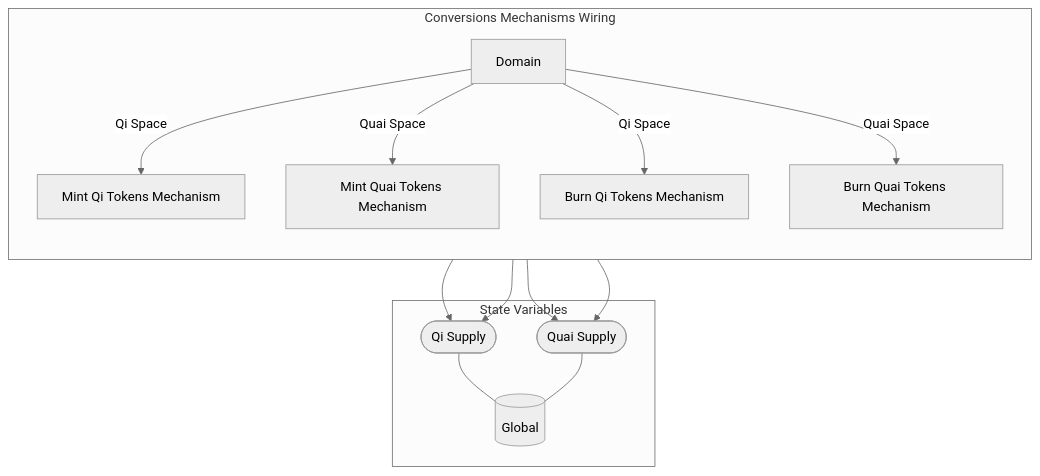
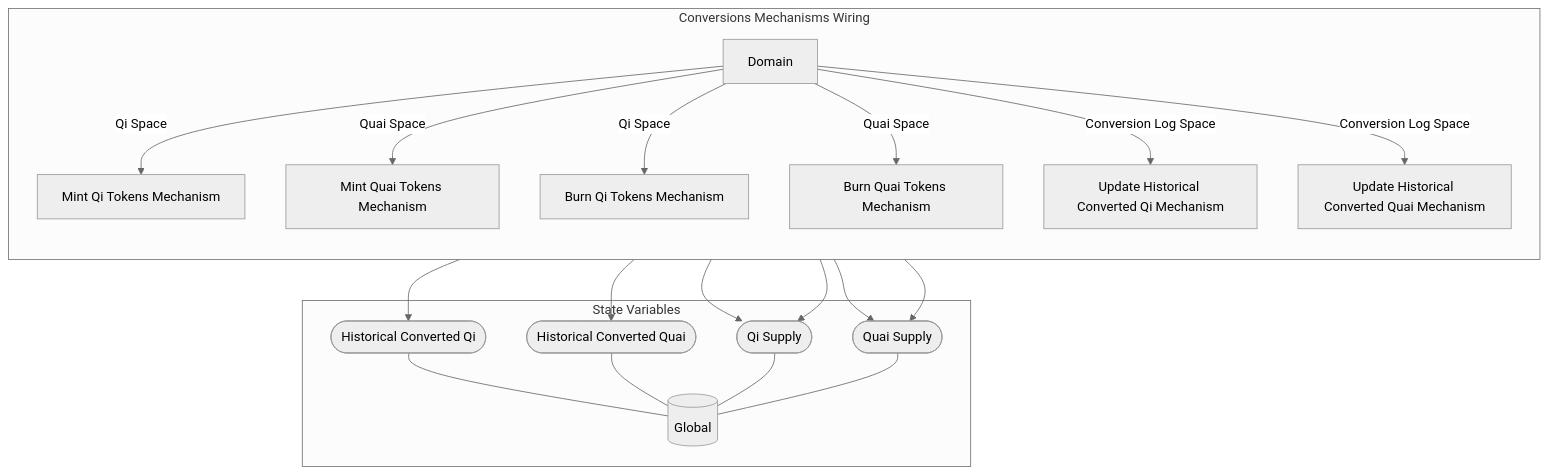
Before and after one commit to dominant-strategies/Quai-Macro-Model: the diagram in Spec/obsidian/Wiring/Conversions Mechanisms Wiring.md, drawn with Mermaid (neutral theme). The commit also changed other lines of this file and 21 other files, not shown here.

````diff
--- a/Spec/obsidian/Wiring/Conversions Mechanisms Wiring.md
+++ b/Spec/obsidian/Wiring/Conversions Mechanisms Wiring.md
@@ -3,31 +3,41 @@
 ```mermaid
 graph TB
 
 subgraph SVS["State Variables"]
 EE0[("Global")]
-EES0(["Qi Supply"])
+EES0(["Historical Converted Qi"])
 EES0 --- EE0
-EES1(["Quai Supply"])
+EES1(["Historical Converted Quai"])
 EES1 --- EE0
+EES2(["Qi Supply"])
+EES2 --- EE0
+EES3(["Quai Supply"])
+EES3 --- EE0
 end
 
-subgraph X7["Conversions Mechanisms Wiring"]
+subgraph X9["Conversions Mechanisms Wiring"]
 direction TB
 X1["Mint Qi Tokens Mechanism"]
-X1 --> EES0
+X1 --> EES2
 X2["Mint Quai Tokens Mechanism"]
-X2 --> EES1
+X2 --> EES3
 X3["Burn Qi Tokens Mechanism"]
-X3 --> EES0
+X3 --> EES2
 X4["Burn Quai Tokens Mechanism"]
-X4 --> EES1
-X5[Domain]
+X4 --> EES3
+X5["Update Historical Converted Qi Mechanism"]
+X5 --> EES0
+X6["Update Historical Converted Quai Mechanism"]
+X6 --> EES1
+X7[Domain]
 
 direction LR
 direction TB
-X5 --"Qi Space"--> X1
-X5 --"Quai Space"--> X2
-X5 --"Qi Space"--> X3
-X5 --"Quai Space"--> X4
+X7 --"Qi Space"--> X1
+X7 --"Quai Space"--> X2
+X7 --"Qi Space"--> X3
+X7 --"Quai Space"--> X4
+X7 --"Conversion Log Space"--> X5
+X7 --"Conversion Log Space"--> X6
 end
 ```
````
